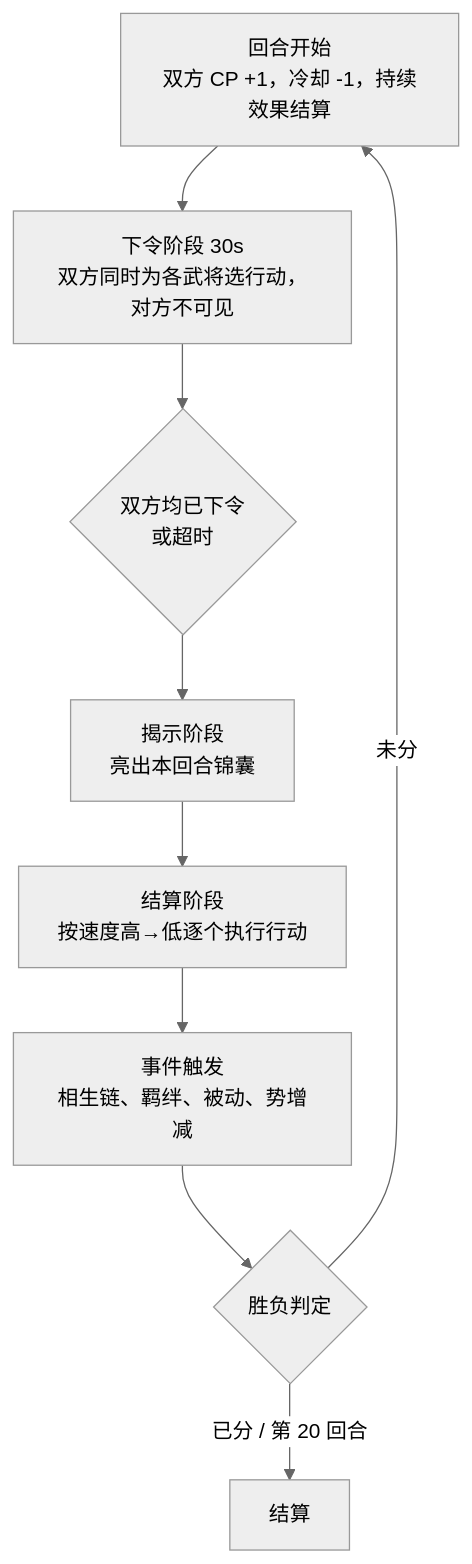
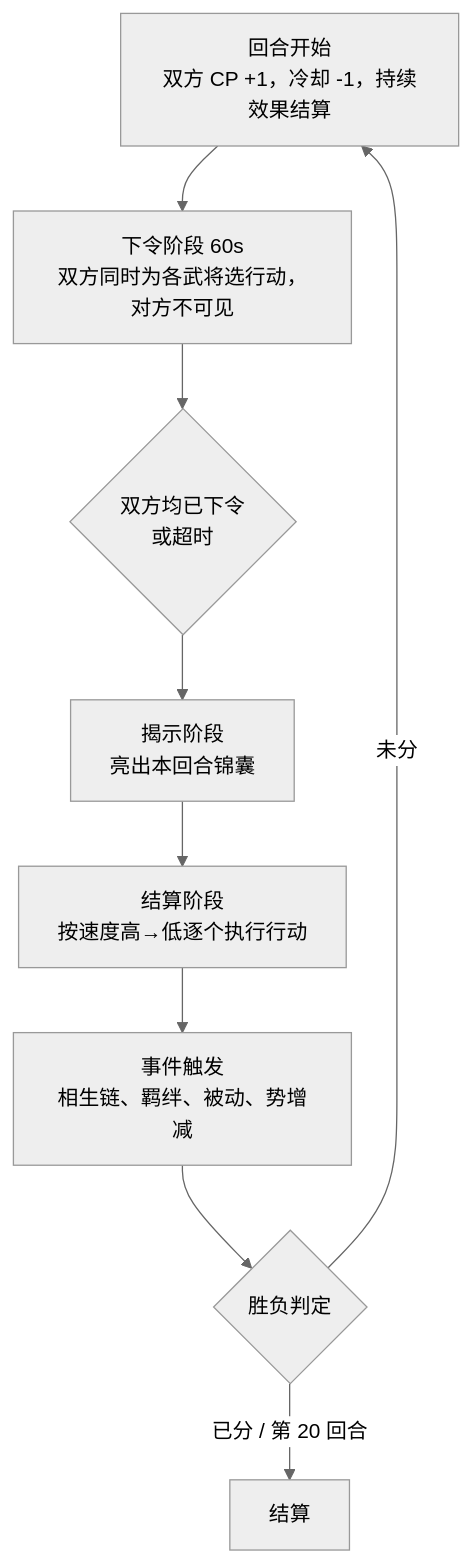
One commit to aavjmz/adult_game changed the first of 2 diagrams in BATTLE_GAMEPLAY_DESIGN_V3.md. Above: the diagram before and after it, drawn with Mermaid (neutral theme). The commit also changed other lines of this file, not shown here.

````diff
--- a/BATTLE_GAMEPLAY_DESIGN_V3.md
+++ b/BATTLE_GAMEPLAY_DESIGN_V3.md
@@ -83,11 +83,11 @@
 ```mermaid
 flowchart TD
-    A[回合开始<br/>双方 CP +1，冷却 -1，持续效果结算] --> B[下令阶段 30s<br/>双方同时为各武将选行动，对方不可见]
+    A[回合开始<br/>双方 CP +1，冷却 -1，持续效果结算] --> B[下令阶段 60s<br/>双方同时为各武将选行动，对方不可见]
     B --> C{双方均已下令<br/>或超时}
     C --> D[揭示阶段<br/>亮出本回合锦囊]
     D --> E[结算阶段<br/>按速度高→低逐个执行行动]
     E --> F[事件触发<br/>相生链、羁绊、被动、势增减]
     F --> G{胜负判定}
     G -- 未分 --> A
     G -- 已分 / 第 20 回合 --> H[结算]
 ```
````
